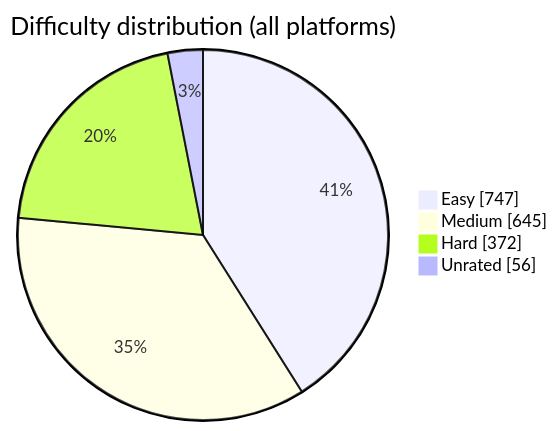
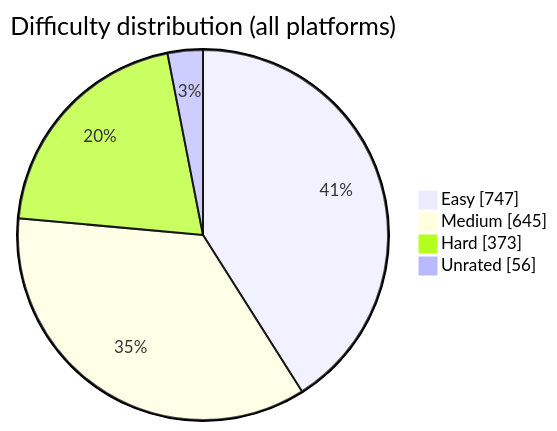
The diagram in README.md (BuildbyArindam/Daily-Coding-Log), drawn with Mermaid before and after one commit. The commit also changed other lines of this file, not shown here.

````diff
--- a/README.md
+++ b/README.md
@@ -108,7 +108,7 @@
 ```mermaid
 pie showData title Difficulty distribution (all platforms)
     "Easy" : 747
     "Medium" : 645
-    "Hard" : 372
+    "Hard" : 373
     "Unrated" : 56
 ```
````
